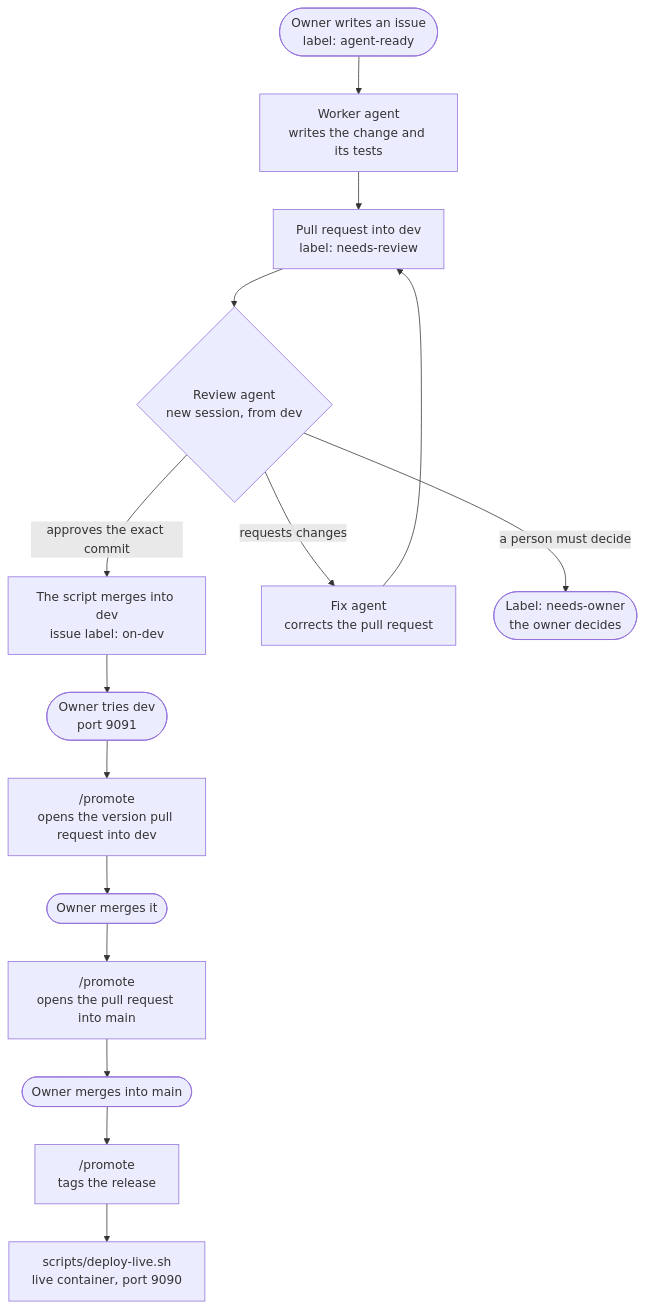
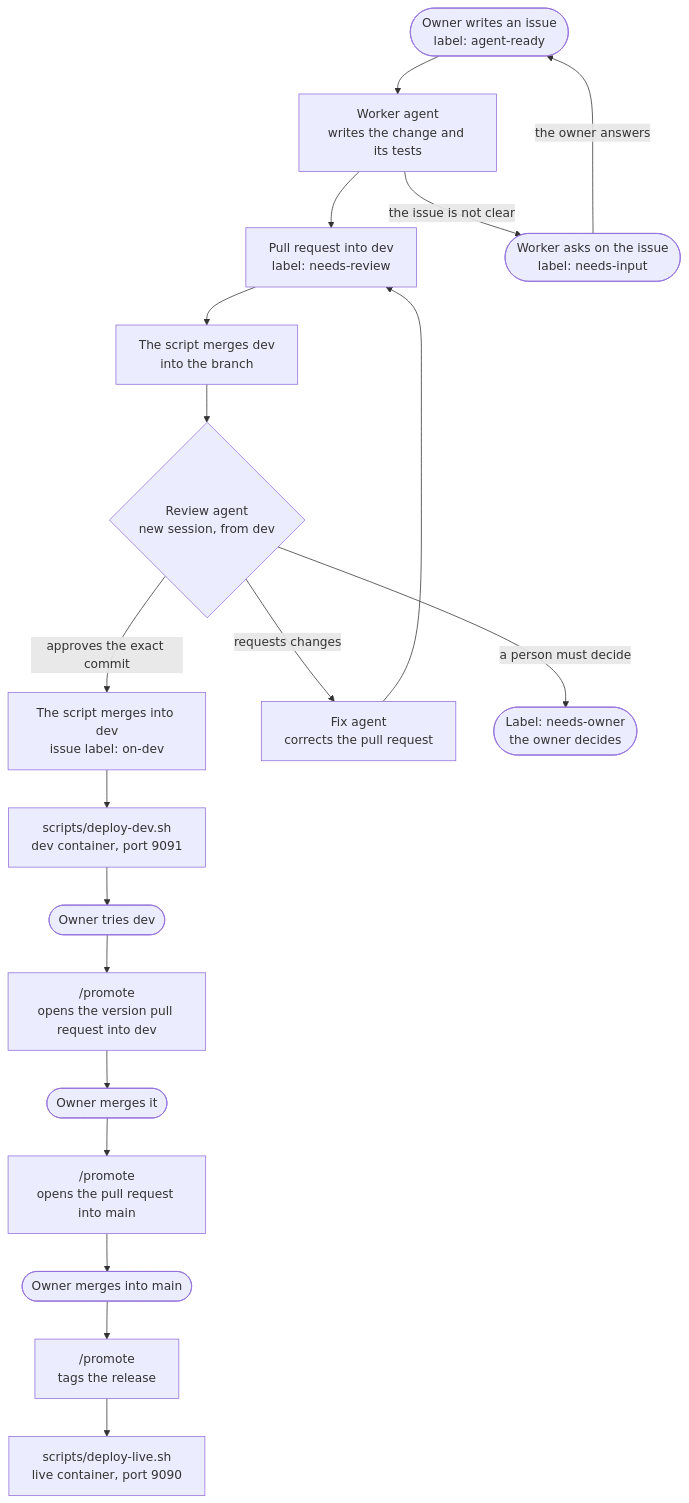
The first of 3 diagrams in docs/agentic-workflow.md (colla69/makeMyTaxes), drawn with Mermaid before and after one commit. The commit also changed other lines of this file and 1 other file, not shown here.

First line of the commit message:
docs: describe the dev container, owner comments and new UI features

````diff
--- a/docs/agentic-workflow.md
+++ b/docs/agentic-workflow.md
@@ -8,17 +8,21 @@
 ```mermaid
 flowchart TD
     owner(["Owner writes an issue<br/>label: agent-ready"]) --> worker
     worker["Worker agent<br/>writes the change and its tests"] --> pr["Pull request into dev<br/>label: needs-review"]
-    pr --> review{"Review agent<br/>new session, from dev"}
+    worker -->|"the issue is not clear"| question(["Worker asks on the issue<br/>label: needs-input"])
+    question -->|"the owner answers"| owner
+    pr --> update["The script merges dev<br/>into the branch"]
+    update --> review{"Review agent<br/>new session, from dev"}
     review -->|"approves the exact commit"| dev["The script merges into dev<br/>issue label: on-dev"]
     review -->|"requests changes"| fix["Fix agent<br/>corrects the pull request"]
     fix --> pr
     review -->|"a person must decide"| person(["Label: needs-owner<br/>the owner decides"])
-    dev --> tryit(["Owner tries dev<br/>port 9091"])
+    dev --> devbox["scripts/deploy-dev.sh<br/>dev container, port 9091"]
+    devbox --> tryit(["Owner tries dev"])
     tryit --> version["/promote<br/>opens the version pull request into dev"]
     version --> mergeversion(["Owner merges it"])
     mergeversion --> promote["/promote<br/>opens the pull request into main"]
     promote --> merge(["Owner merges into main"])
     merge --> tag["/promote<br/>tags the release"]
     tag --> live["scripts/deploy-live.sh<br/>live container, port 9090"]
 ```
````
